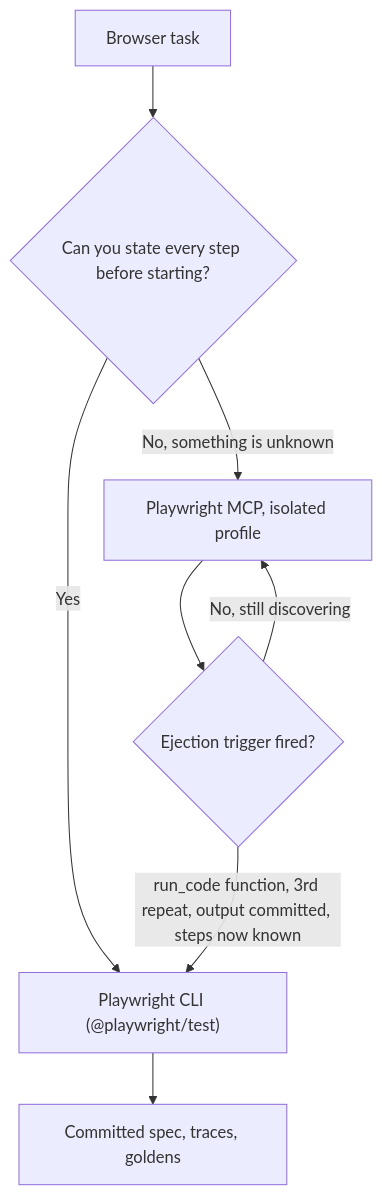
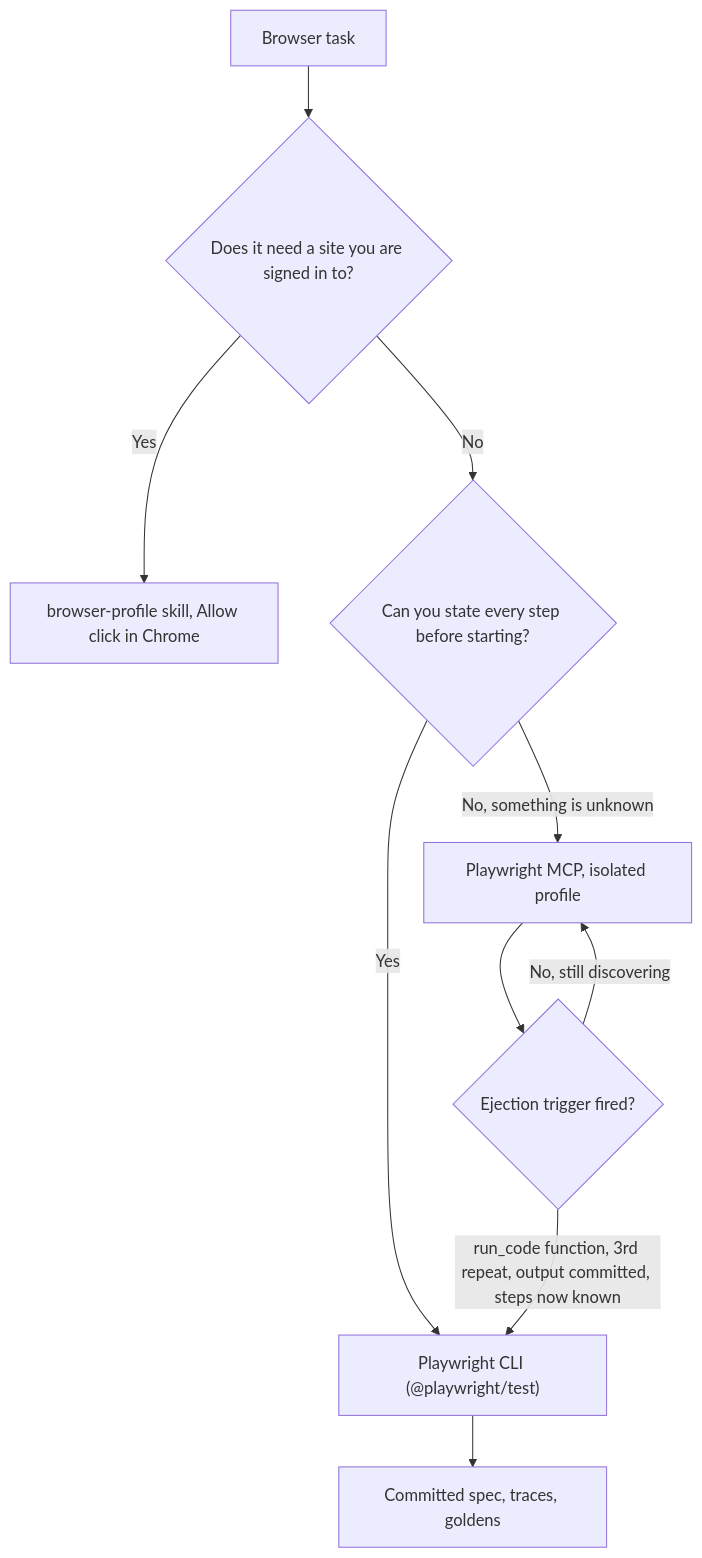
One commit to carlosboeing/agentic-toolkit changed the diagram in guides/guide-browser-automation-mcp-vs-cli.md. Above: the diagram before and after it, drawn with Mermaid. The commit also changed other lines of this file and 10 other files, not shown here.

First line of the commit message:
feat(browser-profile): add signed-in Chrome profile skill

````diff
--- a/guides/guide-browser-automation-mcp-vs-cli.md
+++ b/guides/guide-browser-automation-mcp-vs-cli.md
@@ -233,10 +262,12 @@
 ```mermaid
 flowchart TD
-    A["Browser task"] --> B{"Can you state every step before starting?"}
+    A["Browser task"] --> S{"Does it need a site you are signed in to?"}
+    S -->|"Yes"| P["browser-profile skill, Allow click in Chrome"]
+    S -->|"No"| B{"Can you state every step before starting?"}
     B -->|"Yes"| D["Playwright CLI (@playwright/test)"]
     B -->|"No, something is unknown"| E["Playwright MCP, isolated profile"]
     E --> G{"Ejection trigger fired?"}
     G -->|"run_code function, 3rd repeat, output committed, steps now known"| D
     G -->|"No, still discovering"| E
     D --> H["Committed spec, traces, goldens"]
 ```
````
